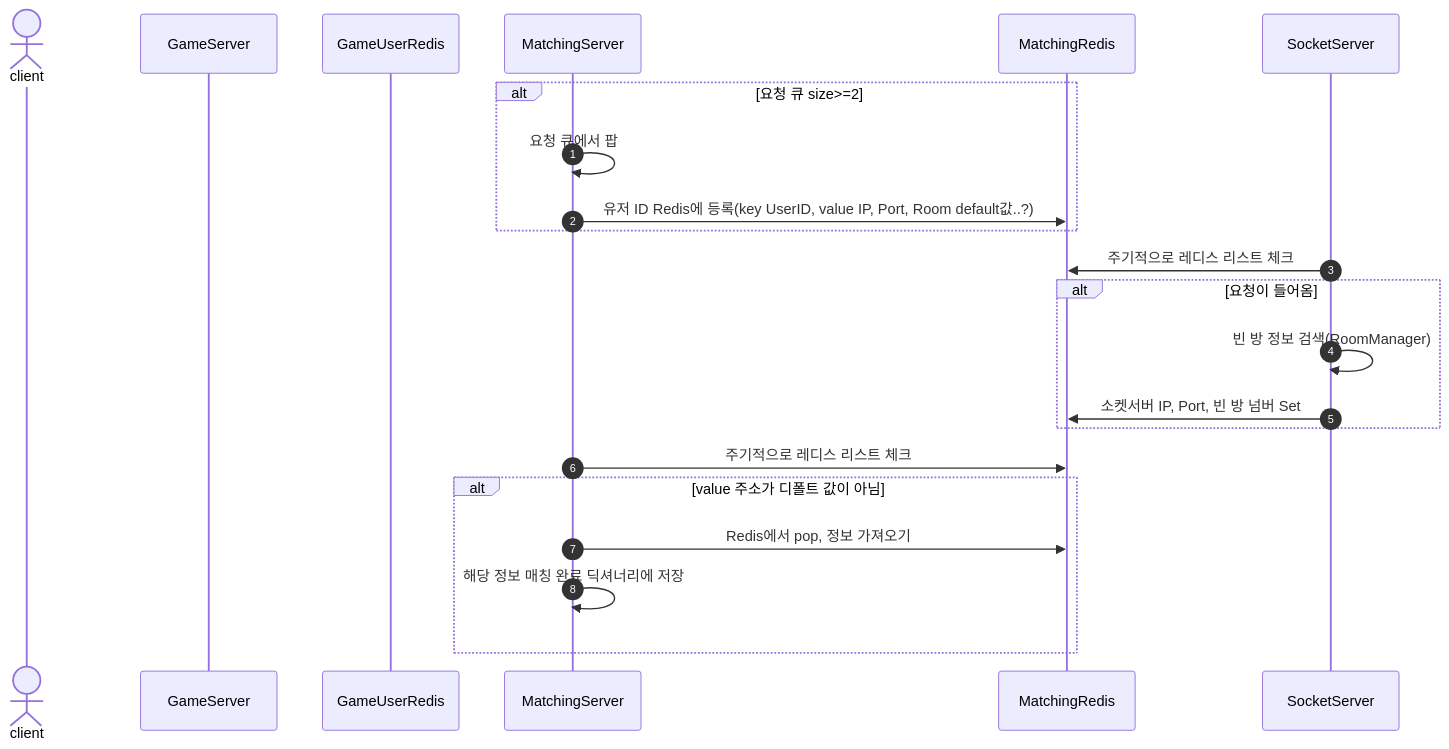
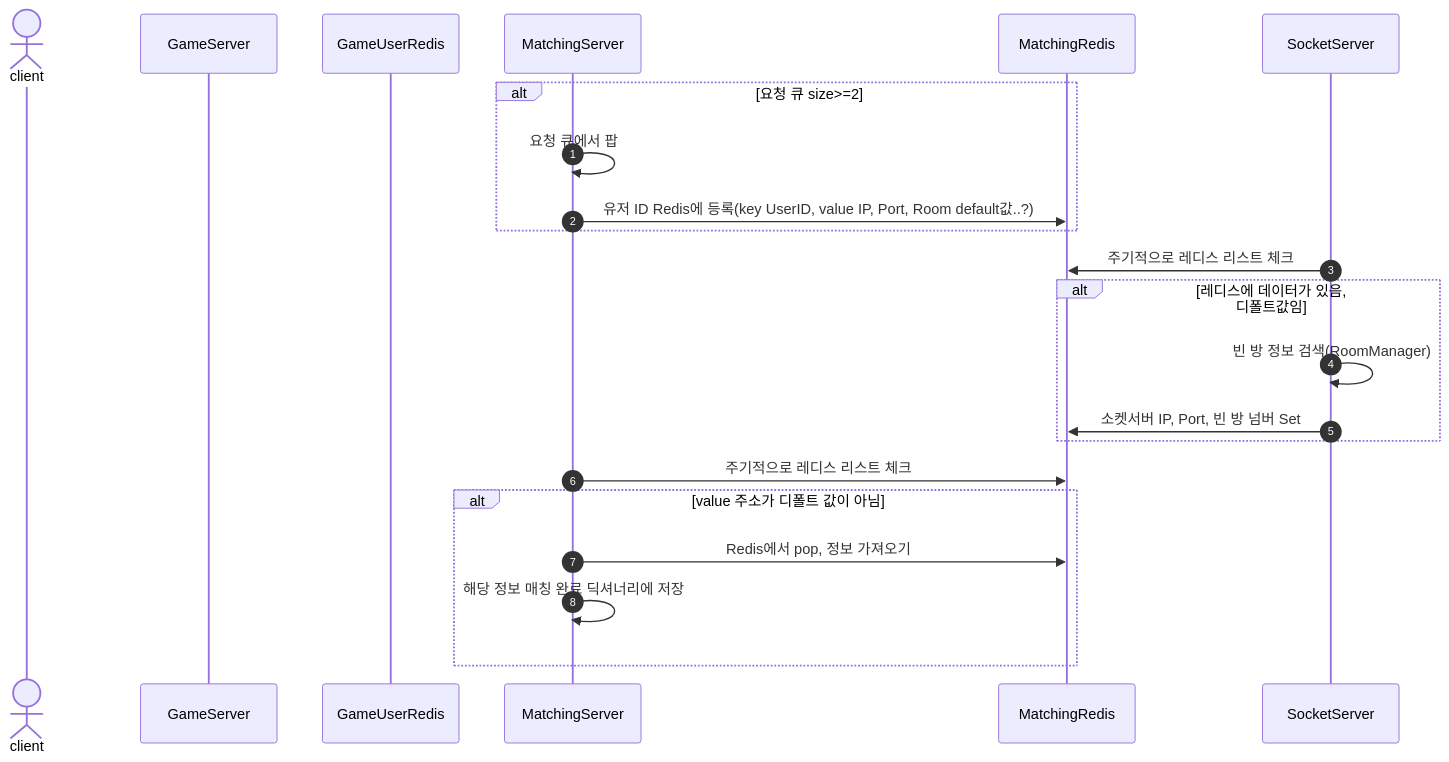
Before and after one commit to hhes0225/OmokServer: the third of 3 diagrams in MatchingSequence.md, drawn with Mermaid.

````diff
--- a/MatchingSequence.md
+++ b/MatchingSequence.md
@@ -57,28 +57,28 @@
 ```mermaid
 sequenceDiagram
   autonumber
   actor A as client
   participant B as GameServer
   participant C as GameUserRedis
   participant D as MatchingServer
   participant E as MatchingRedis
   participant F as SocketServer
 
   alt 요청 큐 size>=2
     D->>D: 요청 큐에서 팝
     D->>E: 유저 ID Redis에 등록(key UserID, value IP, Port, Room default값..?)
   end
 
   F->>E: 주기적으로 레디스 리스트 체크
-  alt 요청이 들어옴
+  alt 레디스에 데이터가 있음, 디폴트값임
     F->>F: 빈 방 정보 검색(RoomManager)
     F->>E: 소켓서버 IP, Port, 빈 방 넘버 Set
   end
 
   D->>E: 주기적으로 레디스 리스트 체크
   alt value 주소가 디폴트 값이 아님
     D->>E: Redis에서 pop, 정보 가져오기
     D->>D: 해당 정보 매칭 완료 딕셔너리에 저장
   end
 
 ```
````
